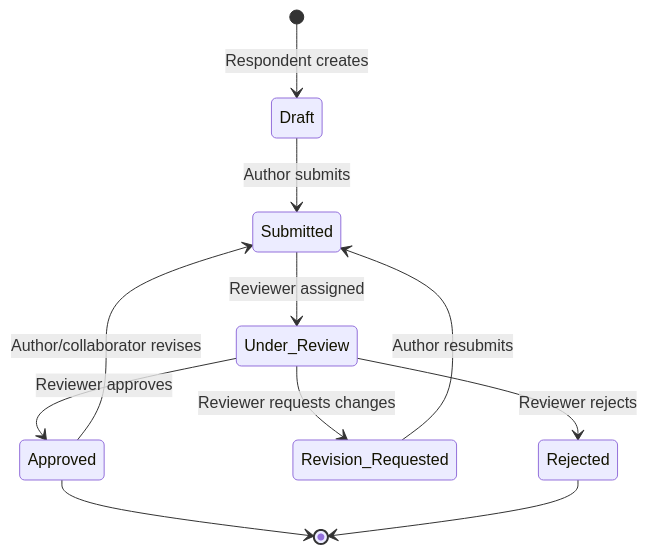
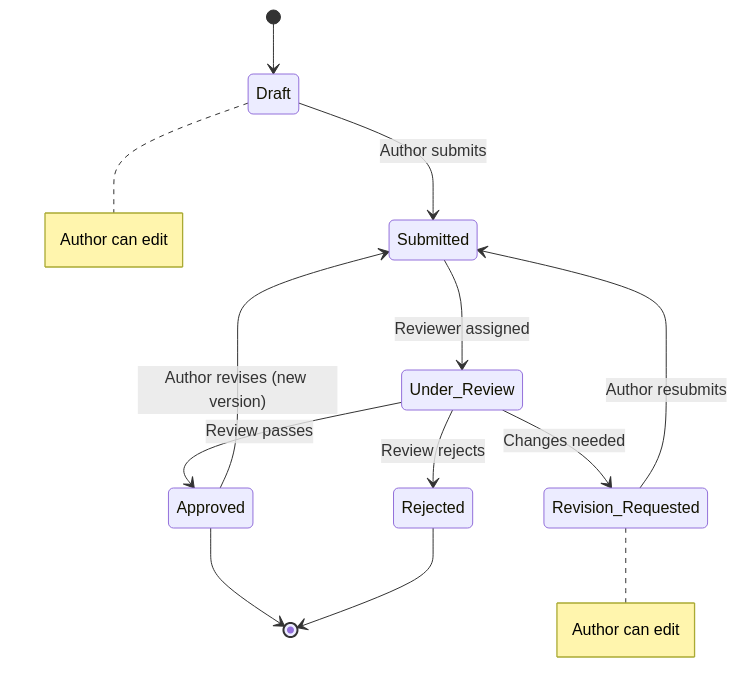
One commit to keytech42/tacit-knowledge-elicitation changed the second of 2 diagrams in README.md. Above: the diagram before and after it, drawn with Mermaid. The commit also changed other lines of this file and 1 other file, not shown here.

Commit message:
docs: add notes to the state diagram in README
+ add `.DS_Store` in .gitignore

````diff
--- a/README.md
+++ b/README.md
@@ -86,13 +89,16 @@
 ```mermaid
 stateDiagram-v2
-    [*] --> Draft : Respondent creates
+    [*] --> Draft
     Draft --> Submitted : Author submits
     Submitted --> Under_Review : Reviewer assigned
-    Under_Review --> Approved : Reviewer approves
-    Under_Review --> Revision_Requested : Reviewer requests changes
-    Under_Review --> Rejected : Reviewer rejects
+    Under_Review --> Approved : Review passes
+    Under_Review --> Revision_Requested : Changes needed
+    Under_Review --> Rejected : Review rejects
     Revision_Requested --> Submitted : Author resubmits
-    Approved --> Submitted : Author/collaborator revises
+    Approved --> Submitted : Author revises (new version)
     Approved --> [*]
     Rejected --> [*]
+
+    note right of Draft : Author can edit
+    note right of Revision_Requested : Author can edit
 ```
````
